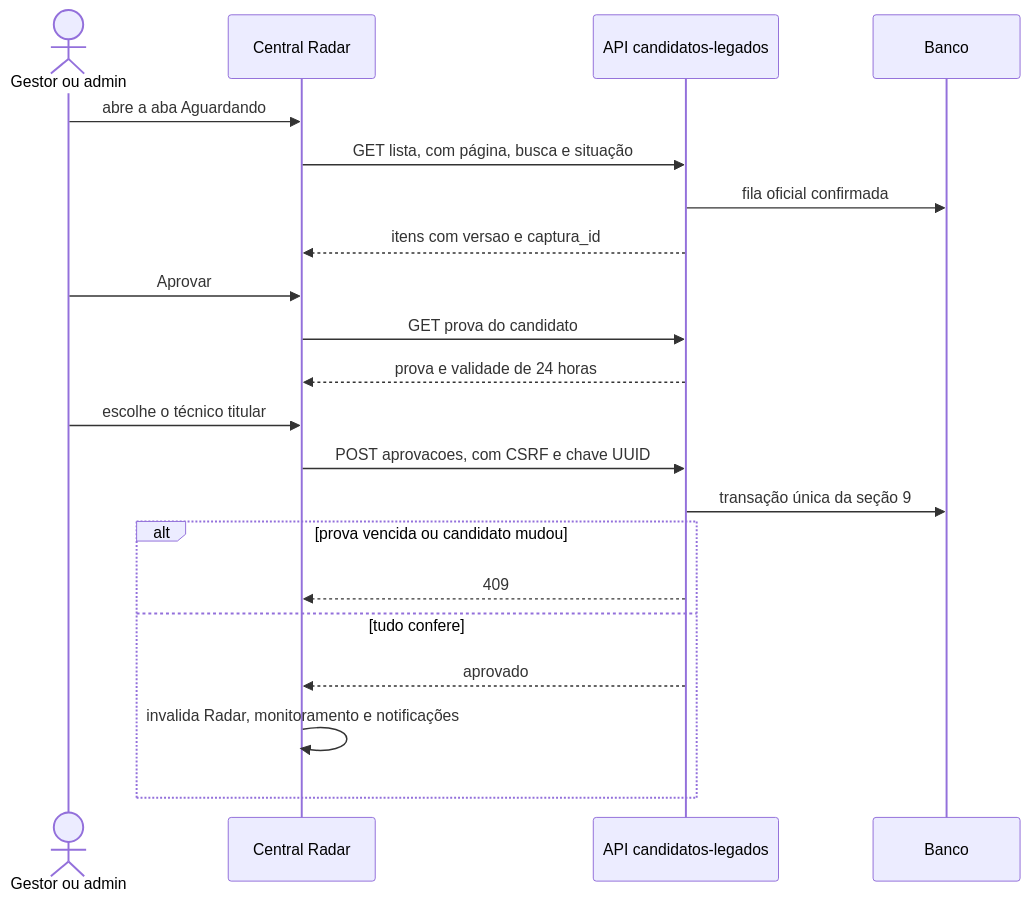
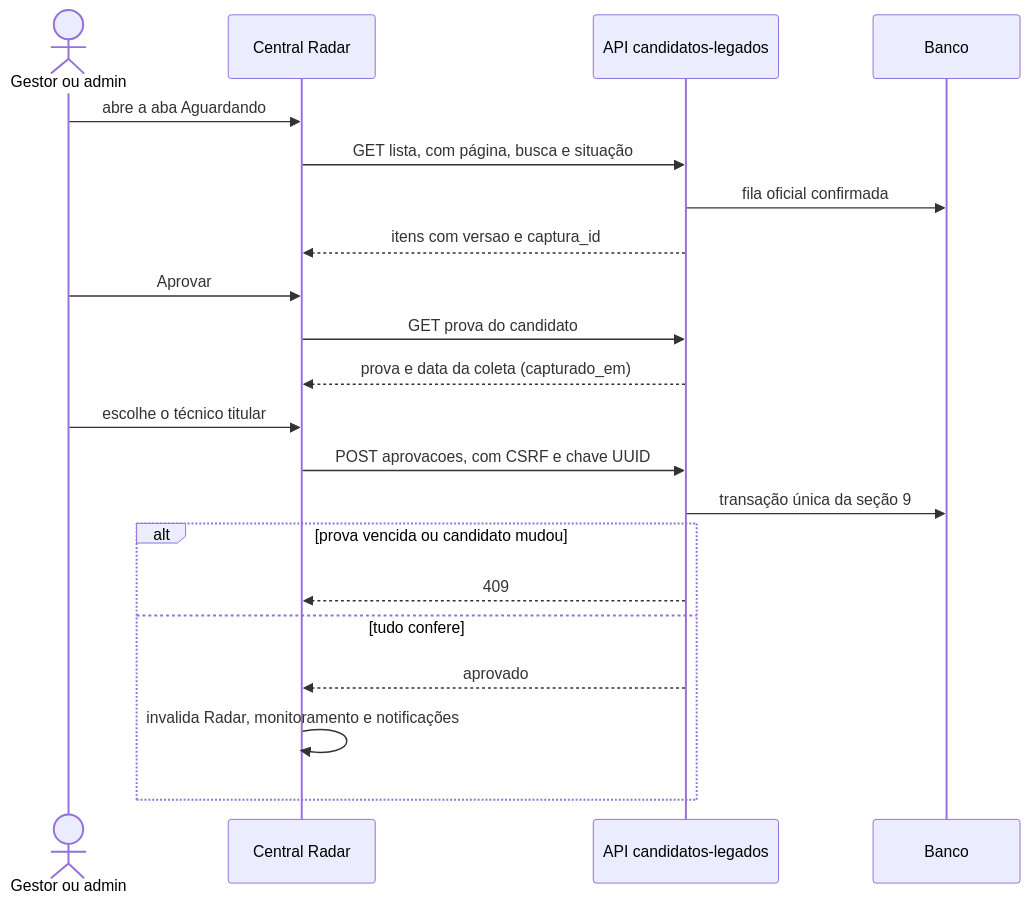
One commit to devs-ministerio/par_equipamentos changed diagram 16 of 21 in docs/mermaid/radar-instrumentos.md. Above: the diagram before and after it, drawn with Mermaid. The commit also changed other lines of this file and 6 other files, not shown here.

Commit message:
docs: corrige mapas Mermaid segundo a auditoria (Portal opcional, prova gravada, cardinalidades, rotas, jobs)

````diff
--- a/docs/mermaid/radar-instrumentos.md
+++ b/docs/mermaid/radar-instrumentos.md
@@ -424,23 +427,23 @@
 ```mermaid
 sequenceDiagram
     actor G as Gestor ou admin
     participant UI as Central Radar
     participant API as API candidatos-legados
     participant DB as Banco
     G->>UI: abre a aba Aguardando
     UI->>API: GET lista, com página, busca e situação
     API->>DB: fila oficial confirmada
     API-->>UI: itens com versao e captura_id
     G->>UI: Aprovar
     UI->>API: GET prova do candidato
-    API-->>UI: prova e validade de 24 horas
+    API-->>UI: prova e data da coleta (capturado_em)
     G->>UI: escolhe o técnico titular
     UI->>API: POST aprovacoes, com CSRF e chave UUID
     API->>DB: transação única da seção 9
     alt prova vencida ou candidato mudou
         API-->>UI: 409
     else tudo confere
         API-->>UI: aprovado
         UI->>UI: invalida Radar, monitoramento e notificações
     end
 ```
````
